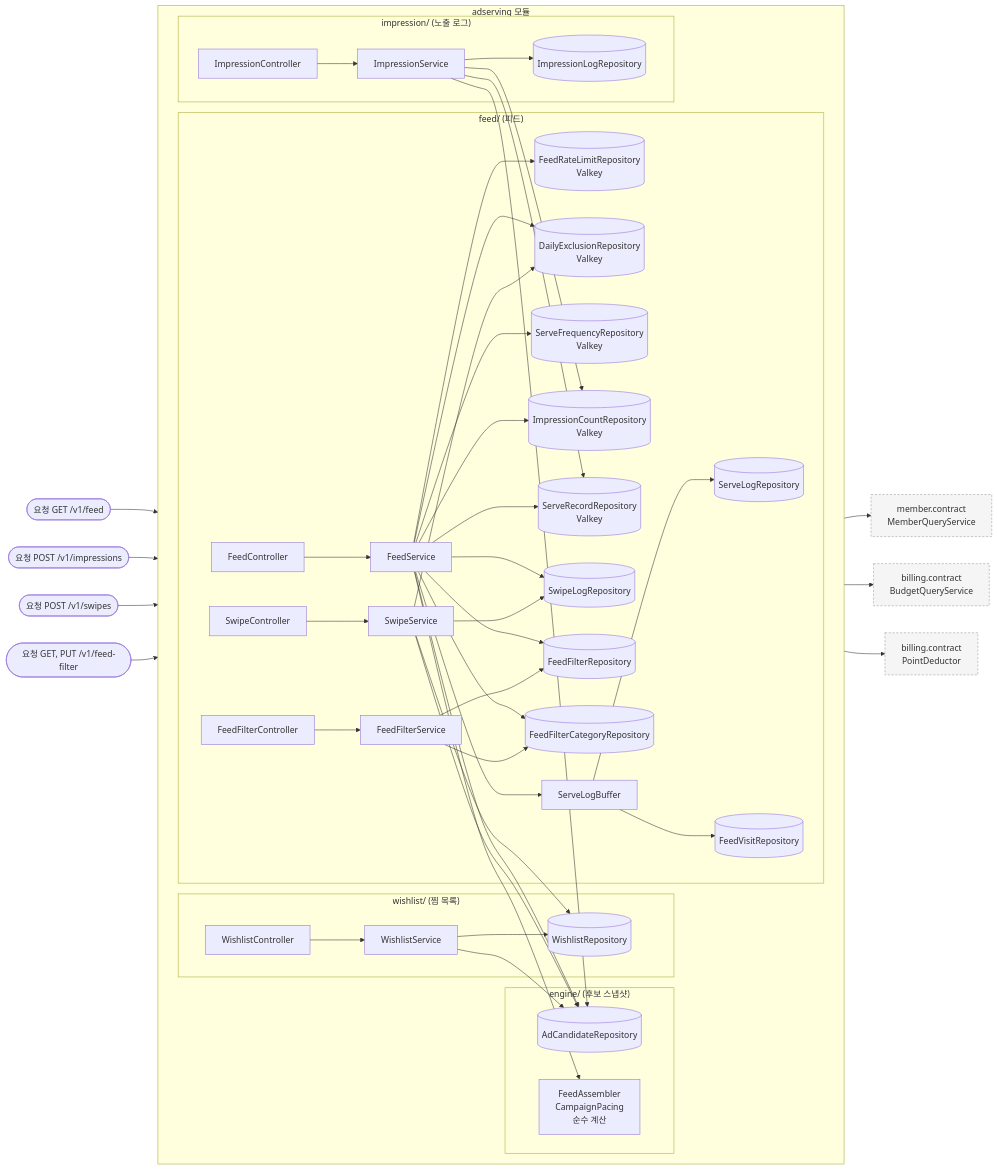
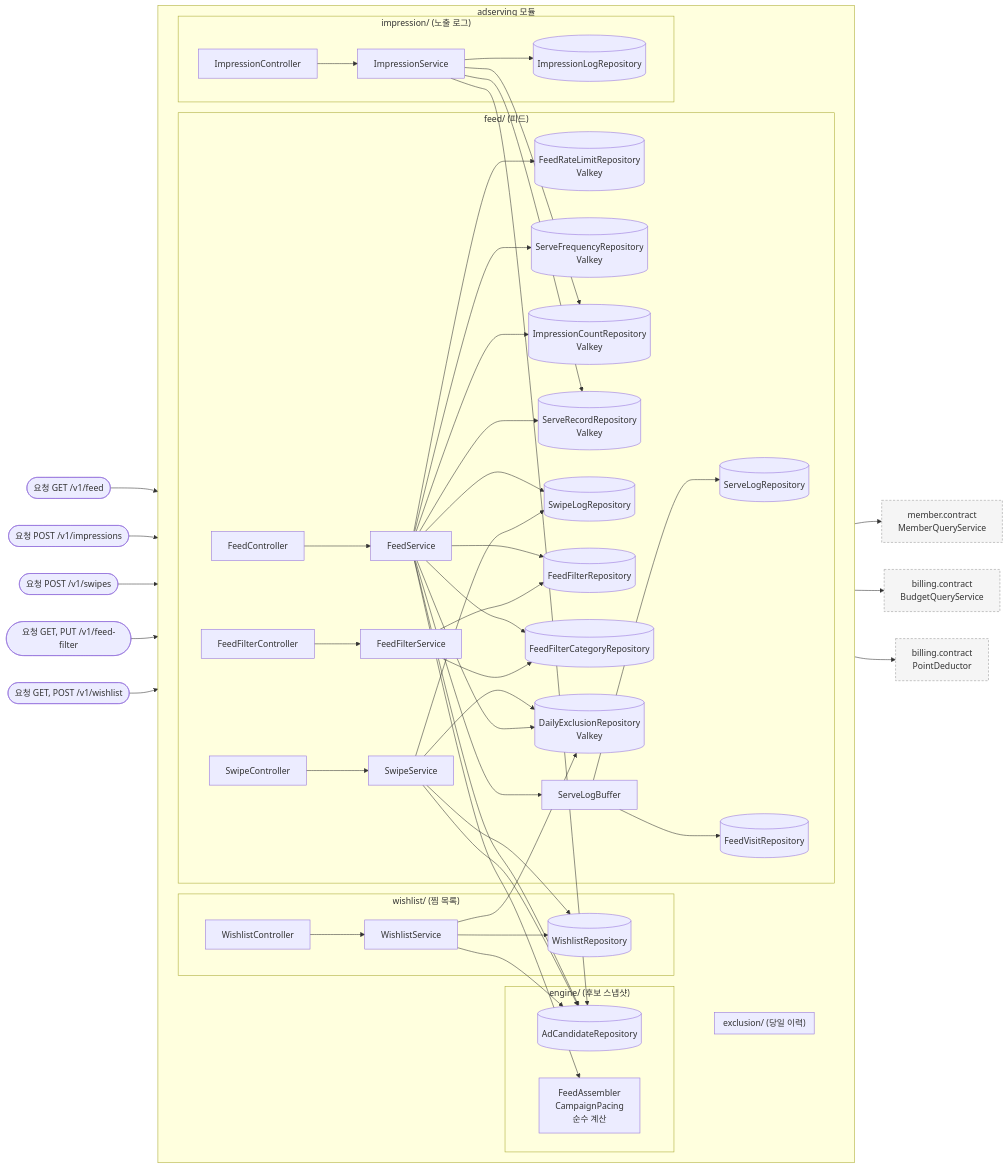
Before and after one commit to lunch-catch/lc-backend: the first of 5 diagrams in docs/design/adserving/adserving_구조와_동작_설계.md, drawn with Mermaid. The commit also changed other lines of this file and 19 other files, not shown here.

Commit message:
[Feat] 가게 상세 찜 API(POST /v1/wishlist)를 구현한다

````diff
--- a/docs/design/adserving/adserving_구조와_동작_설계.md
+++ b/docs/design/adserving/adserving_구조와_동작_설계.md
@@ -204,63 +210,69 @@
 ```mermaid
 flowchart LR
     REQ([요청 GET /v1/feed]) --> FC
     REQ2([요청 POST /v1/impressions]) --> IMC
     REQ3([요청 POST /v1/swipes]) --> SWC
     REQ4([요청 GET, PUT /v1/feed-filter]) --> FFCT
+    REQ5([요청 GET, POST /v1/wishlist]) --> WC
 
     subgraph adserving["adserving 모듈"]
         direction LR
 
         subgraph feed["feed/ (피드)"]
             FC[FeedController] --> FS[FeedService]
             FS --> RL[("FeedRateLimitRepository<br/>Valkey")]
-            FS --> DE[("DailyExclusionRepository<br/>Valkey")]
             FS --> SF[("ServeFrequencyRepository<br/>Valkey")]
             FS --> IC[("ImpressionCountRepository<br/>Valkey")]
             FS --> SR[("ServeRecordRepository<br/>Valkey")]
             FS --> SW[(SwipeLogRepository)]
             FS --> FF[(FeedFilterRepository)]
             FS --> FFC[(FeedFilterCategoryRepository)]
             FFCT[FeedFilterController] --> FFS[FeedFilterService]
             FFS --> FF
             FFS --> FFC
             SWC[SwipeController] --> SWS[SwipeService]
             SWS --> SW
             SWS --> DE
             FS --> SB[ServeLogBuffer]
             SB --> SL[(ServeLogRepository)]
             SB --> FV[(FeedVisitRepository)]
+        end
+
+        subgraph exclusion["exclusion/ (당일 이력)"]
+            DE[("DailyExclusionRepository<br/>Valkey")]
         end
 
         subgraph engine["engine/ (후보 스냅샷)"]
             AR[(AdCandidateRepository)]
             FA["FeedAssembler<br/>CampaignPacing<br/>순수 계산"]
         end
 
         subgraph wishlist["wishlist/ (찜 목록)"]
             WC[WishlistController] --> WS[WishlistService]
             WS --> WR[(WishlistRepository)]
         end
 
         subgraph impression["impression/ (노출 로그)"]
             IMC[ImpressionController] --> IMS[ImpressionService]
             IMS --> IML[(ImpressionLogRepository)]
         end
 
         FS --> AR
+        FS --> DE
         FS --> FA
         IMS --> SR
         IMS --> IC
         IMS --> AR
         SWS --> WR
         SWS --> AR
         WS --> AR
+        WS --> DE
     end
 
     FS --> MQ["member.contract<br/>MemberQueryService"]
     FS --> BQ["billing.contract<br/>BudgetQueryService"]
     IMS --> PD["billing.contract<br/>PointDeductor"]
 
     classDef out fill:#f5f5f5,stroke:#999,stroke-dasharray:4 3
     class MQ,BQ,PD out
 ```
````
